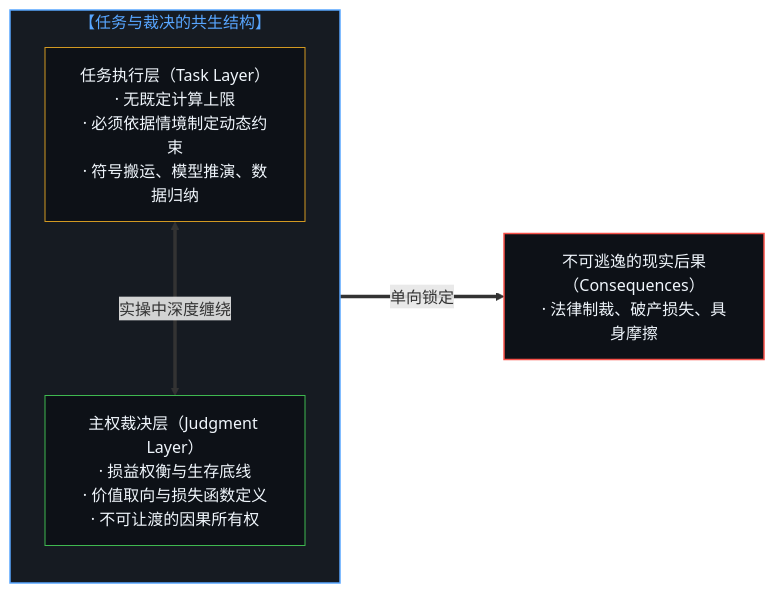
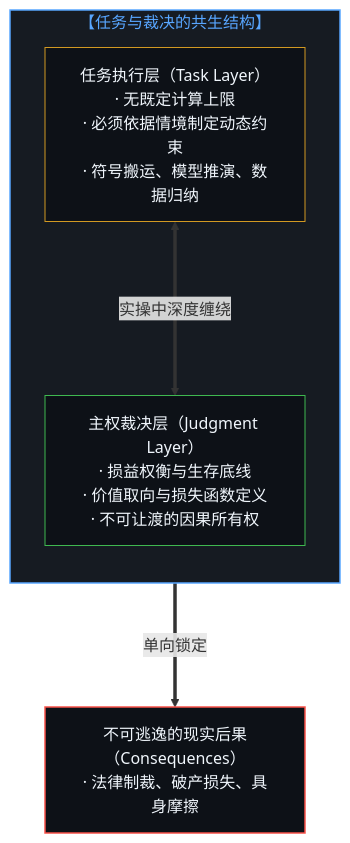
Before and after one commit to powerpig99/not-a-toe: the third of 12 diagrams in content/posts/the-delegation-of-the-task-and-the-inalienability-of-consequences.md, drawn with Mermaid. The commit also changed other lines of this file and 2 other files, not shown here.

Commit message:
Delegation essay: interleave bilingual paragraphs, vertical diagrams; reverse link to The Comment Is Not the Code

````diff
--- a/content/posts/the-delegation-of-the-task-and-the-inalienability-of-consequences.md
+++ b/content/posts/the-delegation-of-the-task-and-the-inalienability-of-consequences.md
@@ -87,15 +93,15 @@
 ```mermaid
-graph LR
+graph TD
     subgraph Delegation_Reality["【任务与裁决的共生结构】"]
         direction TB
         T["任务执行层（Task Layer）<br/>· 无既定计算上限<br/>· 必须依据情境制定动态约束<br/>· 符号搬运、模型推演、数据归纳"]
         J["主权裁决层（Judgment Layer）<br/>· 损益权衡与生存底线<br/>· 价值取向与损失函数定义<br/>· 不可让渡的因果所有权"]
         T <===>|"实操中深度缠绕"| J
     end
     J ===>|"单向锁定"| R["不可逃逸的现实后果（Consequences）<br/>· 法律制裁、破产损失、具身摩擦"]
 
     style Delegation_Reality fill:#161b22,stroke:#58a6ff,stroke-width:1.5px,color:#58a6ff
     style T fill:#0d1117,stroke:#d29922,stroke-width:1px,color:#f0f6fc
     style J fill:#0d1117,stroke:#3fb950,stroke-width:1px,color:#f0f6fc
     style R fill:#0d1117,stroke:#f85149,stroke-width:1.5px,color:#f0f6fc
 ```
````
